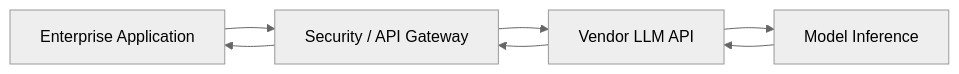
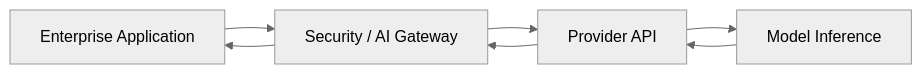
One commit to huda-salam/ai-architecture-advisor-book changed the second of 12 diagrams in docs/chapters/09-enterprise-llm-architecture.md. Above: the diagram before and after it, drawn with Mermaid (neutral theme). The commit also changed other lines of this file, not shown here.

Commit message:
Harden Chapter 9 enterprise LLM architecture foundation

````diff
--- a/docs/chapters/09-enterprise-llm-architecture.md
+++ b/docs/chapters/09-enterprise-llm-architecture.md
@@ -84,9 +115,9 @@
 ```mermaid
 flowchart LR
-    A[Enterprise Application] --> B[Security / API Gateway]
-    B --> C[Vendor LLM API]
+    A[Enterprise Application] --> B[Security / AI Gateway]
+    B --> C[Provider API]
     C --> D[Model Inference]
     D --> C
     C --> B
     B --> A
 ```
````
